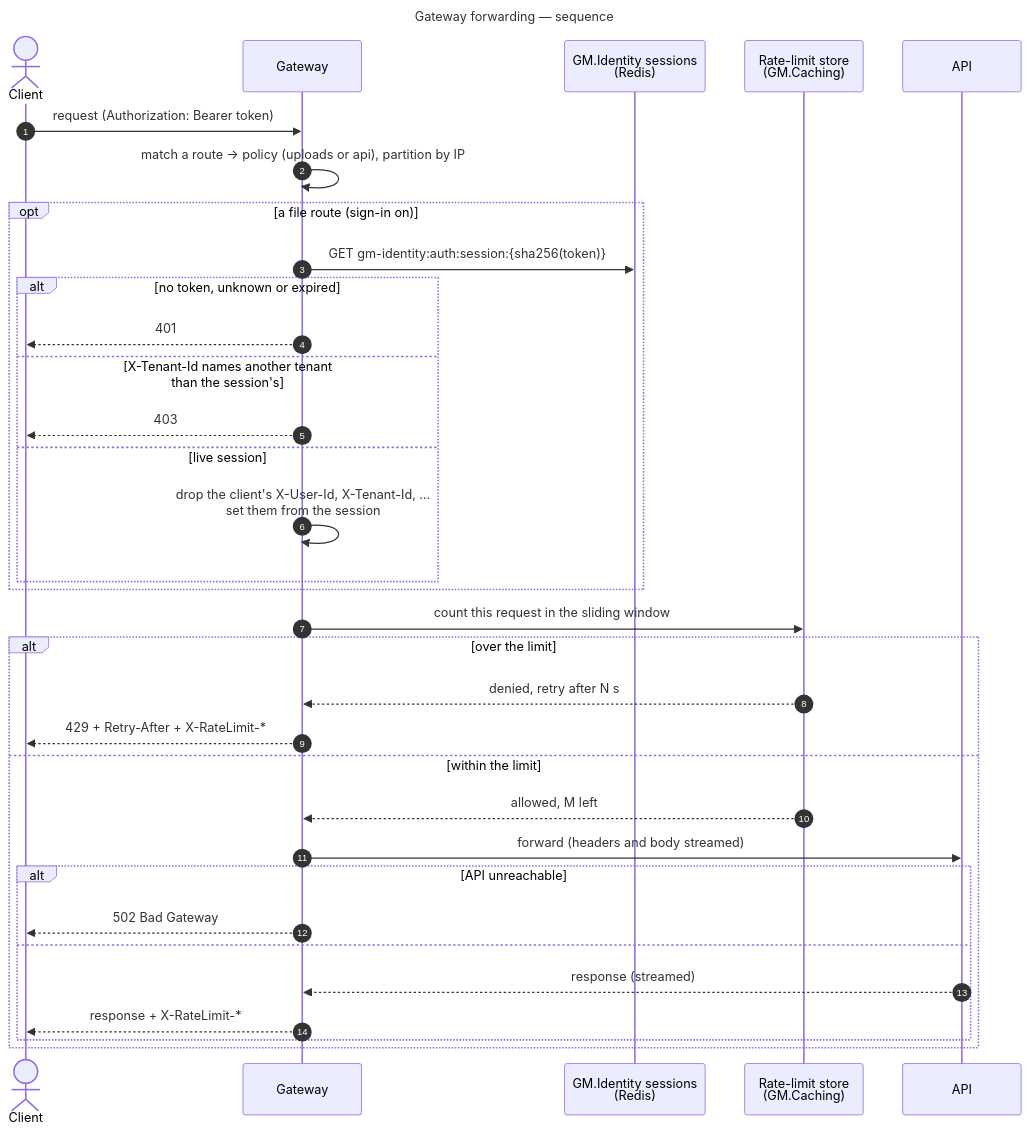
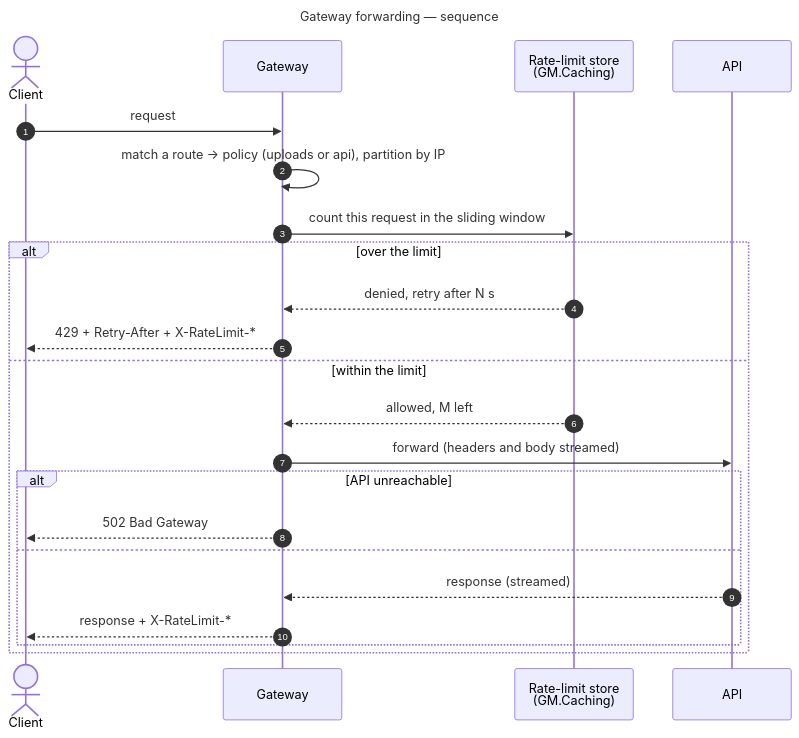
The second of 16 diagrams in docs/sequence-diagrams.md (gmetskhvarishvili/GM.FileStorage.Samples), drawn with Mermaid before and after one commit. The commit also changed 22 other files, not shown here.

````diff
--- a/docs/sequence-diagrams.md
+++ b/docs/sequence-diagrams.md
@@ -60,39 +60,28 @@
 ```mermaid
 ---
 title: Gateway forwarding — sequence
 ---
 sequenceDiagram
     autonumber
     actor C as Client
     participant G as Gateway
-    participant ID as GM.Identity sessions<br/>(Redis)
     participant RL as Rate-limit store<br/>(GM.Caching)
     participant API
 
-    C->>G: request (Authorization: Bearer token)
+    C->>G: request
     G->>G: match a route → policy (uploads or api), partition by IP
-    opt a file route (sign-in on)
-        G->>ID: GET gm-identity:auth:session:{sha256(token)}
-        alt no token, unknown or expired
-            G-->>C: 401
-        else X-Tenant-Id names another tenant than the session's
-            G-->>C: 403
-        else live session
-            G->>G: drop the client's X-User-Id, X-Tenant-Id, …<br/>set them from the session
-        end
-    end
     G->>RL: count this request in the sliding window
     alt over the limit
         RL-->>G: denied, retry after N s
         G-->>C: 429 + Retry-After + X-RateLimit-*
     else within the limit
         RL-->>G: allowed, M left
         G->>API: forward (headers and body streamed)
         alt API unreachable
             G-->>C: 502 Bad Gateway
         else
             API-->>G: response (streamed)
             G-->>C: response + X-RateLimit-*
         end
     end
 ```
````
